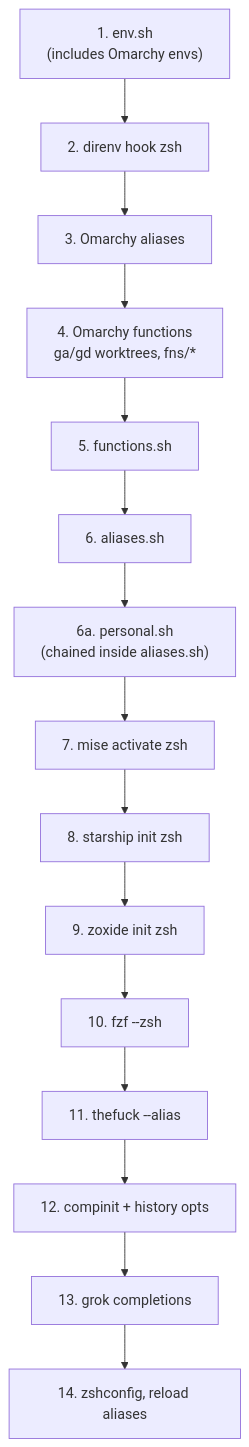
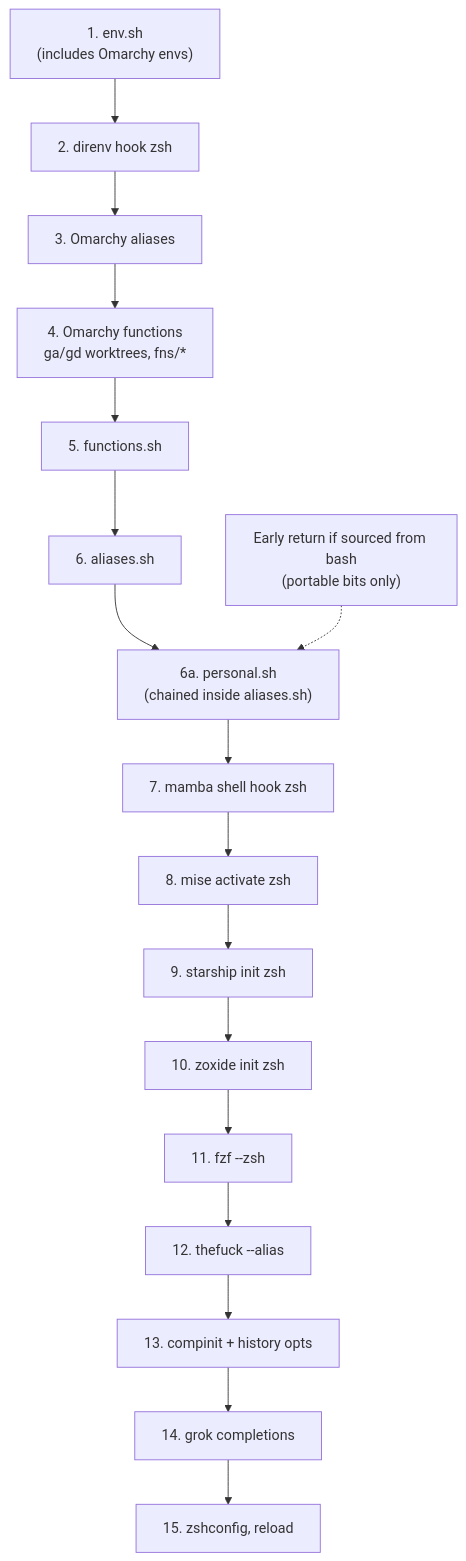
Before and after one commit to p10ns11y/shellyxz.sh: the sixth of 11 diagrams in shell.md, drawn with Mermaid. The commit also changed other lines of this file and 3 other files, not shown here.

First line of the commit message:
Align docs with mamba, Starship, direnv, and Ghostty behavior.

````diff
--- a/shell.md
+++ b/shell.md
@@ -313,17 +315,19 @@
 ```mermaid
 flowchart TD
     A["1. env.sh<br/>(includes Omarchy envs)"] --> B["2. direnv hook zsh"]
     B --> C["3. Omarchy aliases"]
     C --> D["4. Omarchy functions<br/>ga/gd worktrees, fns/*"]
     D --> E["5. functions.sh"]
     E --> F["6. aliases.sh"]
     F --> G["6a. personal.sh<br/>(chained inside aliases.sh)"]
-    G --> H["7. mise activate zsh"]
-    H --> I["8. starship init zsh"]
-    I --> J["9. zoxide init zsh"]
-    J --> K["10. fzf --zsh"]
-    K --> L["11. thefuck --alias"]
-    L --> M["12. compinit + history opts"]
-    M --> N["13. grok completions"]
-    N --> O["14. zshconfig, reload aliases"]
+    G --> H["7. mamba shell hook zsh"]
+    H --> H2["8. mise activate zsh"]
+    H2 --> I["9. starship init zsh"]
+    I --> J["10. zoxide init zsh"]
+    J --> K["11. fzf --zsh"]
+    K --> L["12. thefuck --alias"]
+    L --> M["13. compinit + history opts"]
+    M --> N["14. grok completions"]
+    N --> O["15. zshconfig, reload"]
+    P["Early return if sourced from bash<br/>(portable bits only)"] -.-> G
 ```
````
